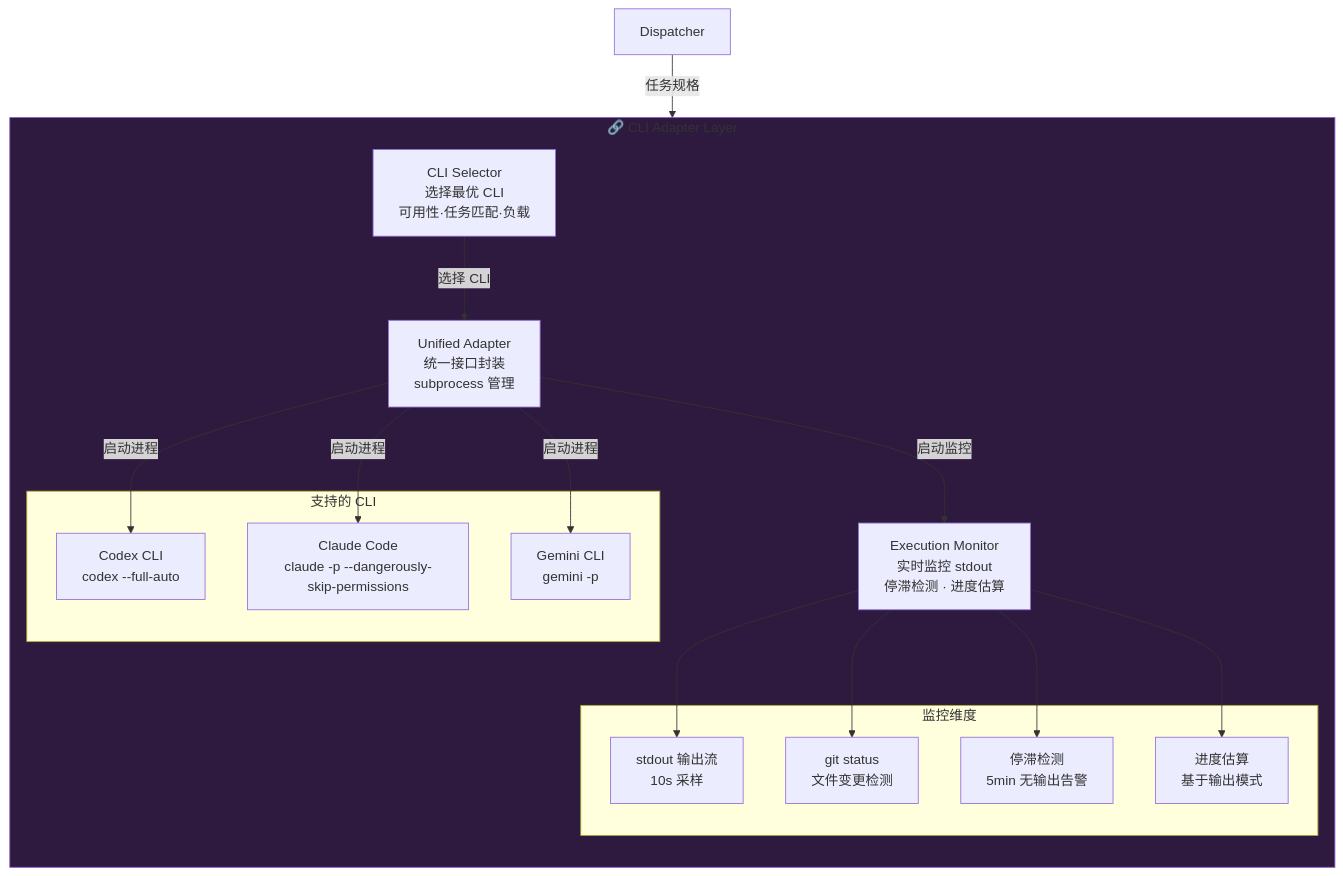
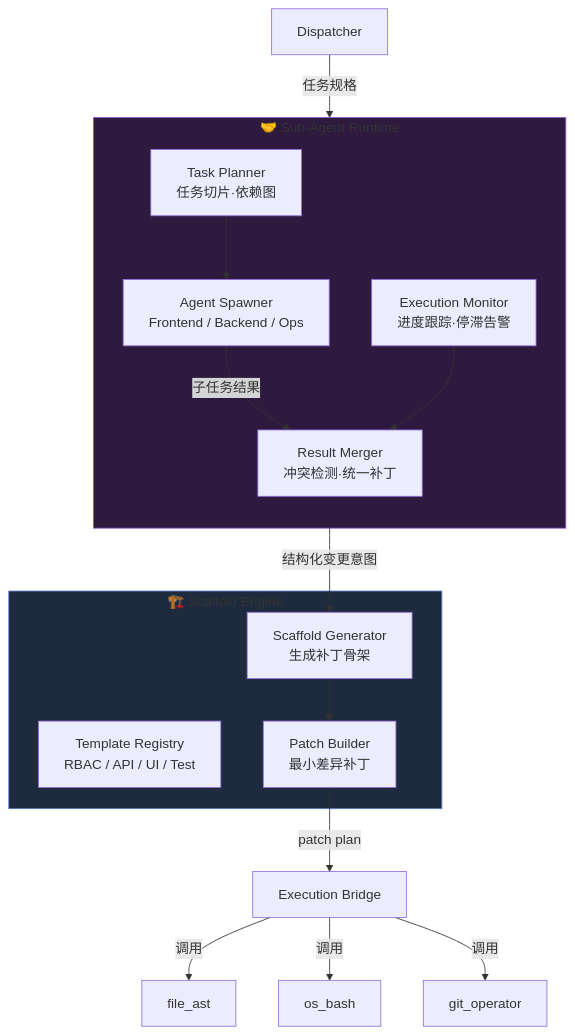
Before and after one commit to Yidhar/Embla_System: diagram 14 of 17 in doc/12-limbs-layer-modules.md, drawn with Mermaid. The commit also changed other lines of this file and 16 other files, not shown here.

First line of the commit message:
feat: Refactor architecture documentation for Brainstem, Brain, and Limbs layers

````diff
--- a/doc/12-limbs-layer-modules.md
+++ b/doc/12-limbs-layer-modules.md
@@ -538,30 +613,28 @@
 ```mermaid
 flowchart TB
-    subgraph CLILayer["🔗 CLI Adapter Layer"]
+    subgraph SARuntime["🤝 Sub-Agent Runtime"]
         direction TB
-        SELECTOR["CLI Selector<br/>选择最优 CLI<br/>可用性·任务匹配·负载"]
-        ADAPTER["Unified Adapter<br/>统一接口封装<br/>subprocess 管理"]
-        MONITOR["Execution Monitor<br/>实时监控 stdout<br/>停滞检测 · 进度估算"]
-
-        subgraph CLIs["支持的 CLI"]
-            CODEX["Codex CLI<br/>codex --full-auto"]
-            CLAUDE["Claude Code<br/>claude -p --dangerously-skip-permissions"]
-            GEMINI["Gemini CLI<br/>gemini -p"]
-        end
-
-        subgraph Monitoring["监控维度"]
-            M_STDOUT["stdout 输出流<br/>10s 采样"]
-            M_GIT["git status<br/>文件变更检测"]
-            M_STALL["停滞检测<br/>5min 无输出告警"]
-            M_PROGRESS["进度估算<br/>基于输出模式"]
-        end
+        PLANNER["Task Planner<br/>任务切片·依赖图"]
+        SPAWNER["Agent Spawner<br/>Frontend / Backend / Ops"]
+        MERGER["Result Merger<br/>冲突检测·统一补丁"]
+        MONITOR["Execution Monitor<br/>进度跟踪·停滞告警"]
     end
 
-    DISPATCHER["Dispatcher"] -->|"任务规格"| SELECTOR
-    SELECTOR -->|"选择 CLI"| ADAPTER
-    ADAPTER -->|"启动进程"| CODEX & CLAUDE & GEMINI
-    ADAPTER -->|"启动监控"| MONITOR
-    MONITOR --> M_STDOUT & M_GIT & M_STALL & M_PROGRESS
+    subgraph Scaffold["🏗️ Scaffold Engine"]
+        TEMPLATES["Template Registry<br/>RBAC / API / UI / Test"]
+        GENERATOR["Scaffold Generator<br/>生成补丁骨架"]
+        PATCH_BUILDER["Patch Builder<br/>最小差异补丁"]
+    end
 
-    style CLILayer fill:#2e1a3e,stroke:#8855cc
+    DISPATCHER["Dispatcher"] -->|"任务规格"| PLANNER
+    PLANNER --> SPAWNER
+    SPAWNER -->|"子任务结果"| MERGER
+    MERGER -->|"结构化变更意图"| GENERATOR
+    GENERATOR --> PATCH_BUILDER
+    PATCH_BUILDER -->|"patch plan"| EXEC_BRIDGE["Execution Bridge"]
+    EXEC_BRIDGE -->|"调用"| FILE_AST["file_ast"] & BASH["os_bash"] & GIT_OP["git_operator"]
+    MONITOR --> MERGER
+
+    style SARuntime fill:#2e1a3e,stroke:#8855cc
+    style Scaffold fill:#1e2a3e,stroke:#5577cc
 ```
````
